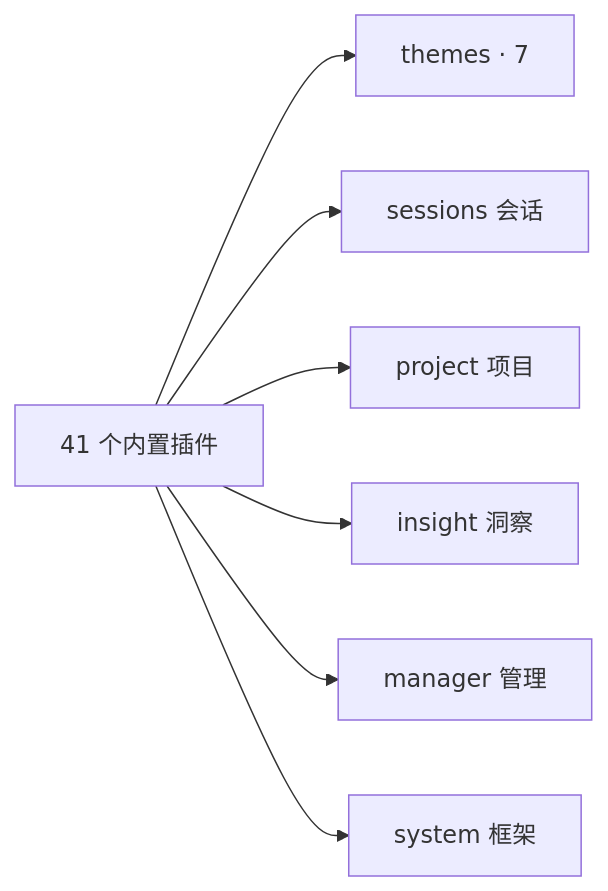
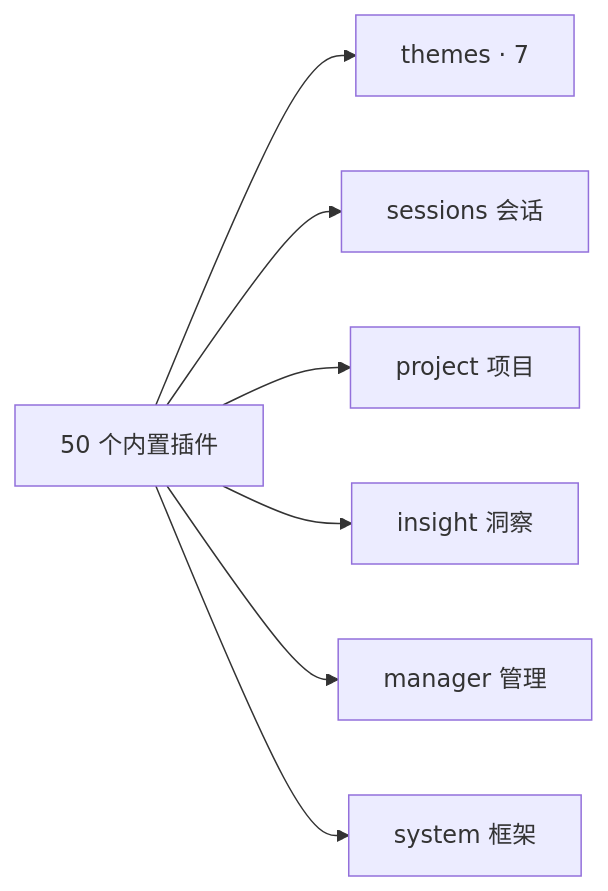
One commit to GOODDAYDAY/my-harness-desktop changed the fifth of 5 diagrams in README_zh.md. Above: the diagram before and after it, drawn with Mermaid. The commit also changed other lines of this file and 1 other file, not shown here.

````diff
--- a/README_zh.md
+++ b/README_zh.md
@@ -266,9 +285,9 @@
 ```mermaid
 flowchart LR
-    R[41 个内置插件] --> T[themes · 7]
+    R[50 个内置插件] --> T[themes · 7]
     R --> S[sessions 会话]
     R --> P[project 项目]
     R --> I[insight 洞察]
     R --> M[manager 管理]
     R --> Y[system 框架]
 ```
````
